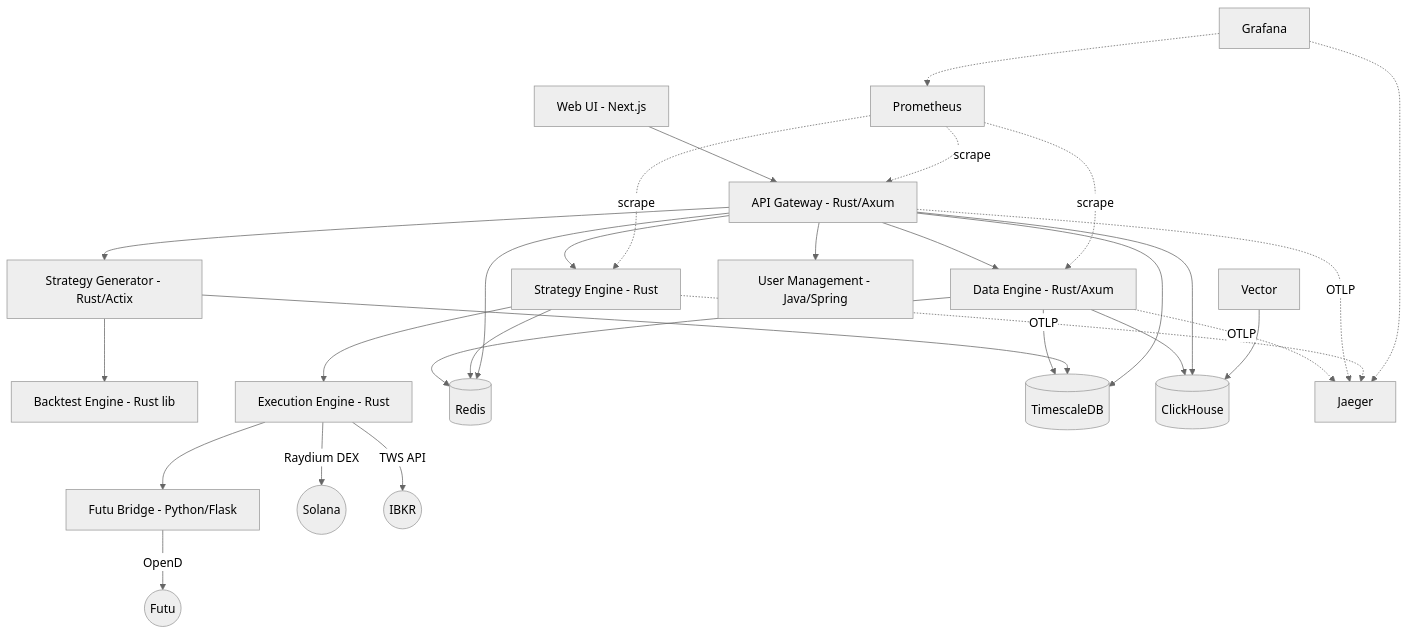
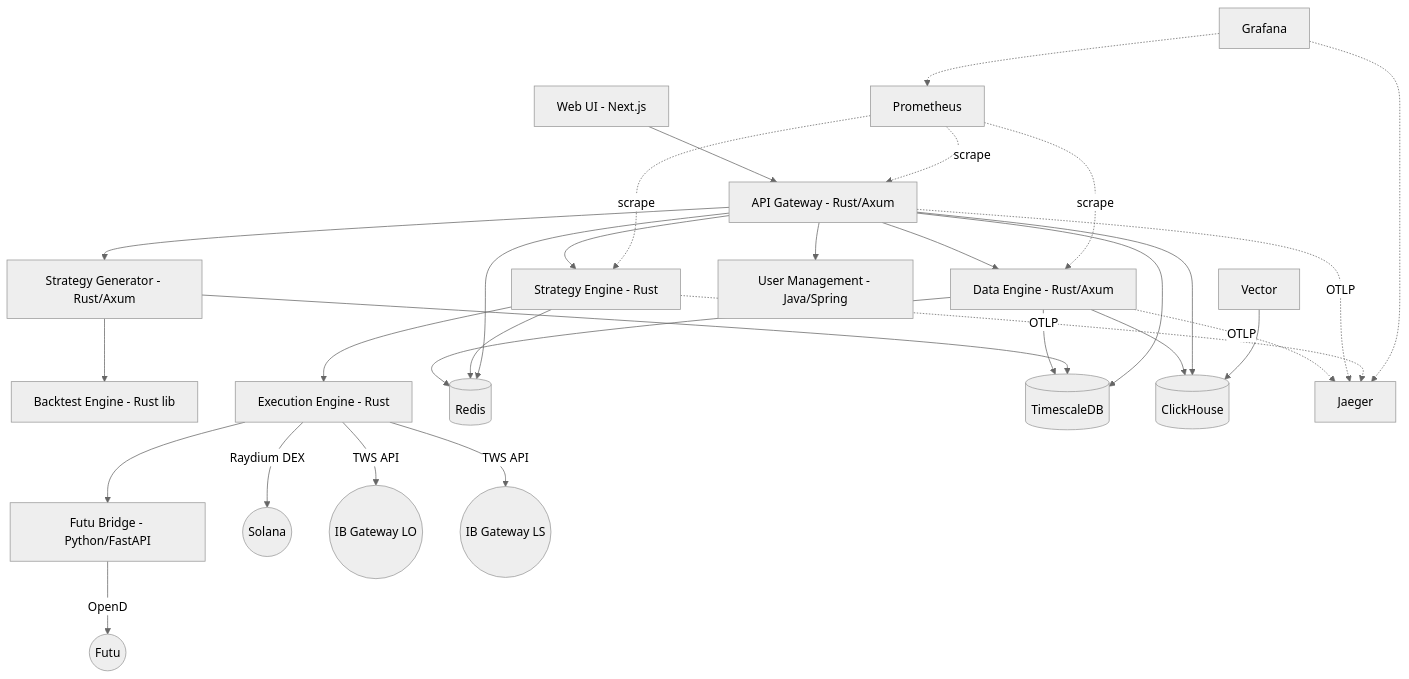
Before and after one commit to TomXiaoYZ/HermesFlow: the diagram in docs/ARCHITECTURE.md, drawn with Mermaid (neutral theme). The commit also changed other lines of this file and 1 other file, not shown here.

First line of the commit message:
docs: sync ARCHITECTURE.md and CLAUDE.md with current codebase state

````diff
--- a/docs/ARCHITECTURE.md
+++ b/docs/ARCHITECTURE.md
@@ -7,37 +7,38 @@
 ```mermaid
 graph TD
     User[Web UI - Next.js] --> Gateway[API Gateway - Rust/Axum]
     Gateway --> DataEngine[Data Engine - Rust/Axum]
     Gateway --> StratEngine[Strategy Engine - Rust]
-    Gateway --> StratGen[Strategy Generator - Rust/Actix]
+    Gateway --> StratGen[Strategy Generator - Rust/Axum]
     Gateway --> UserMgmt[User Management - Java/Spring]
 
     StratGen --> BacktestEngine[Backtest Engine - Rust lib]
     StratEngine --> ExecEngine[Execution Engine - Rust]
-    ExecEngine --> FutuBridge[Futu Bridge - Python/Flask]
+    ExecEngine --> FutuBridge[Futu Bridge - Python/FastAPI]
 
     ExecEngine -->|Raydium DEX| Solana((Solana))
-    ExecEngine -->|TWS API| IBKR((IBKR))
+    ExecEngine -->|TWS API| IBGateway1((IB Gateway LO))
+    ExecEngine -->|TWS API| IBGateway2((IB Gateway LS))
     FutuBridge -->|OpenD| Futu((Futu))
 
     DataEngine --> Redis[(Redis)]
     DataEngine --> TSDB[(TimescaleDB)]
     DataEngine --> CH[(ClickHouse)]
     StratEngine --> Redis
     StratGen --> TSDB
     Gateway --> Redis
     Gateway --> TSDB
     Gateway --> CH
 
     Vector[Vector] --> CH
 
     DataEngine -.->|OTLP| Jaeger[Jaeger]
     Gateway -.->|OTLP| Jaeger
     StratEngine -.->|OTLP| Jaeger
 
     Prometheus[Prometheus] -.->|scrape| DataEngine
     Prometheus -.->|scrape| Gateway
     Prometheus -.->|scrape| StratEngine
     Grafana[Grafana] -.-> Prometheus
     Grafana -.-> Jaeger
 ```
````
